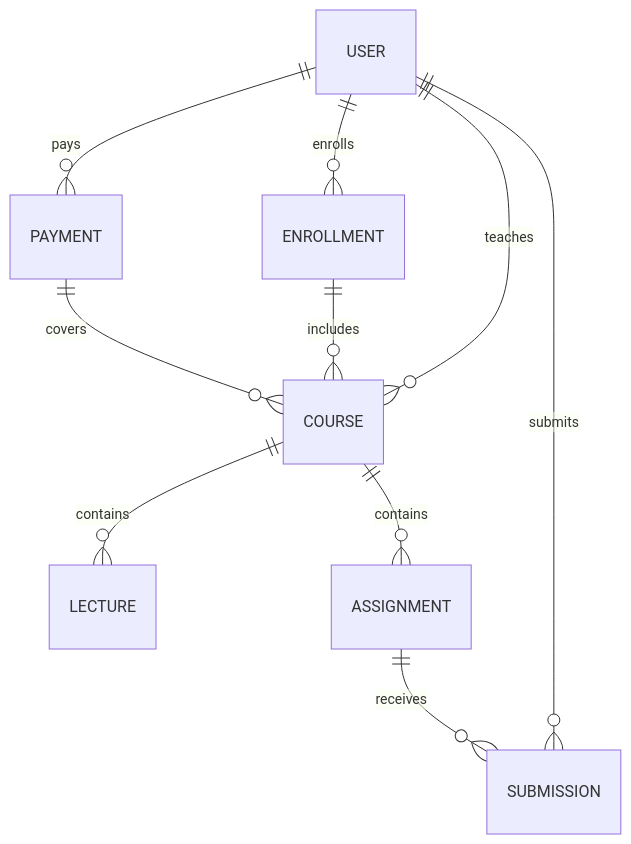
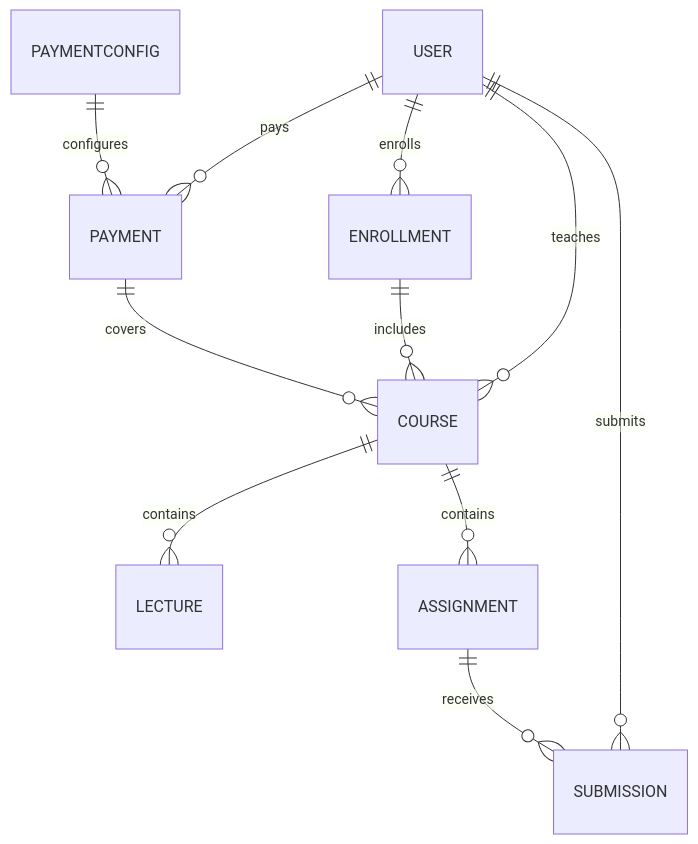
The sixth of 10 diagrams in README.md (elfeshawy17/ELearning-Project), drawn with Mermaid before and after one commit. The commit also changed other lines of this file, not shown here.

````diff
--- a/README.md
+++ b/README.md
@@ -201,12 +314,13 @@
 ```mermaid
 erDiagram
     USER ||--o{ ENROLLMENT : enrolls
     USER ||--o{ COURSE : teaches
     COURSE ||--o{ LECTURE : contains
     COURSE ||--o{ ASSIGNMENT : contains
     USER ||--o{ SUBMISSION : submits
     USER ||--o{ PAYMENT : pays
     ENROLLMENT ||--o{ COURSE : includes
     ASSIGNMENT ||--o{ SUBMISSION : receives
     PAYMENT ||--o{ COURSE : covers
+    PAYMENTCONFIG ||--o{ PAYMENT : configures
 ```
````
